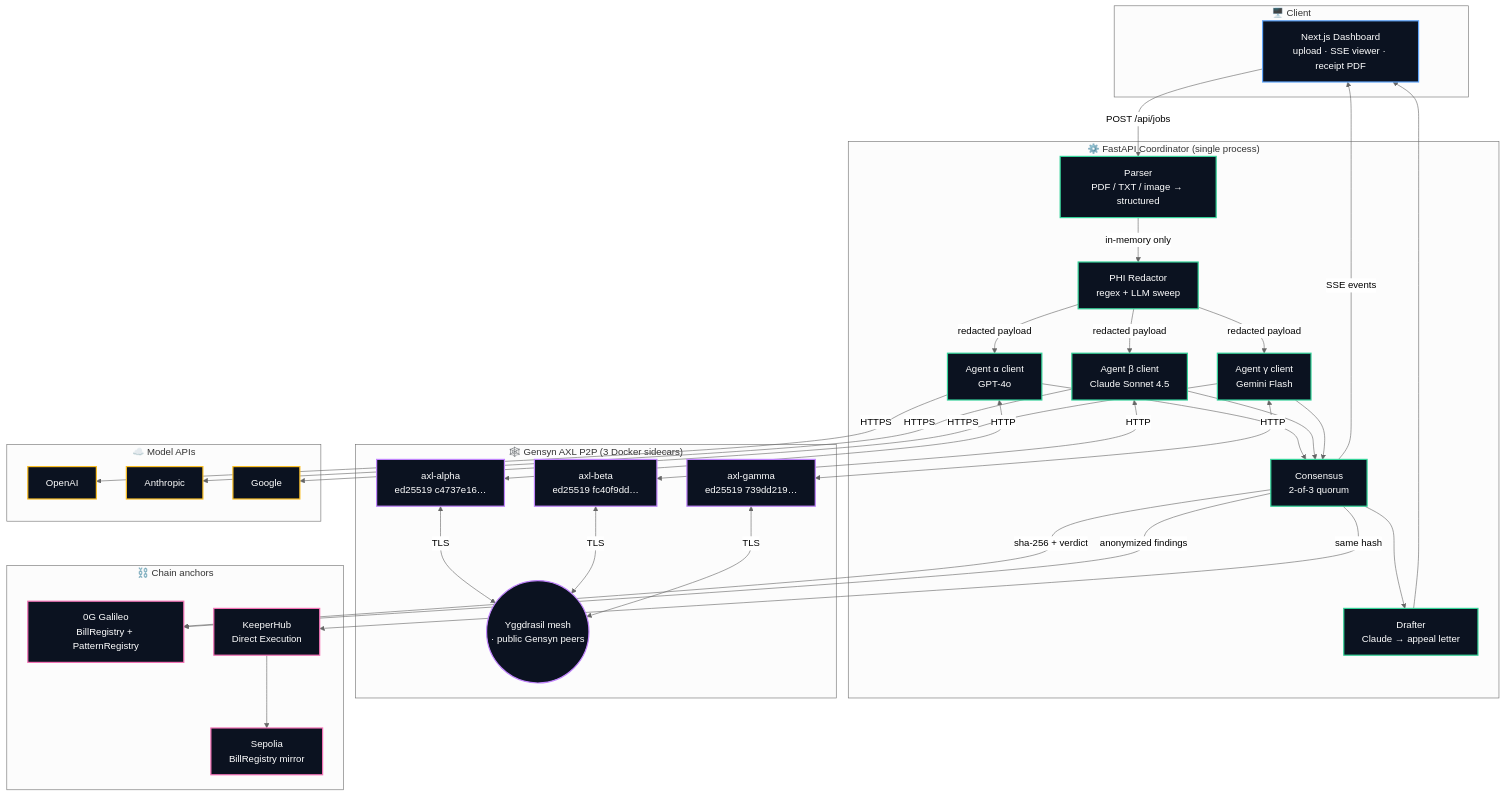
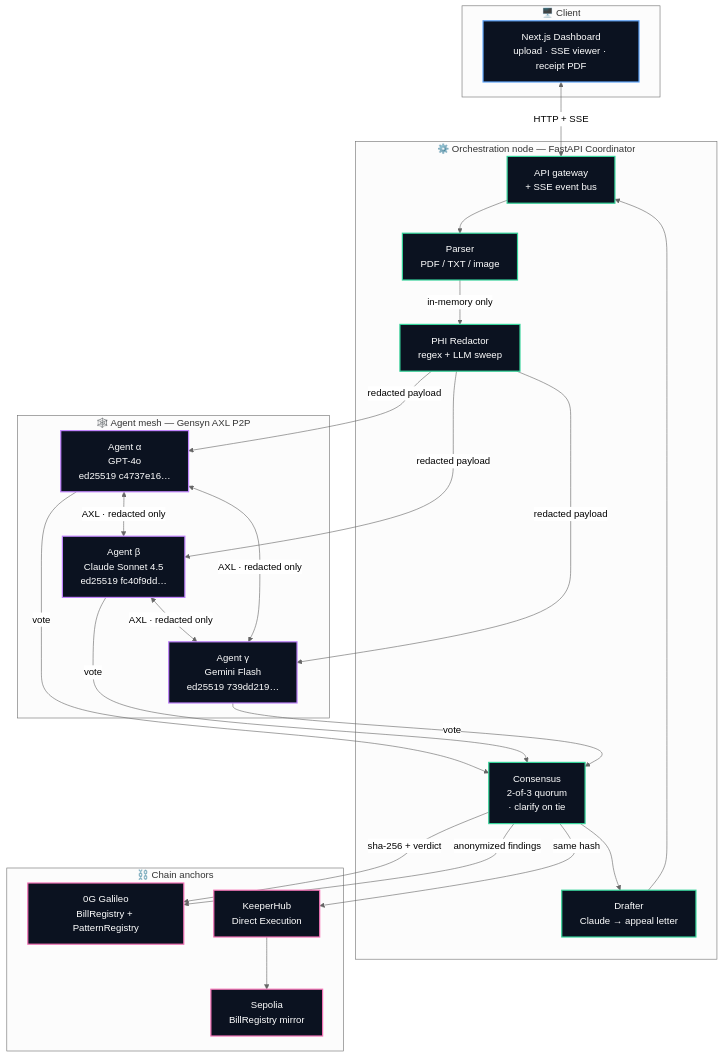
The diagram in README.md (jhatch3/lethe-), drawn with Mermaid (neutral theme) before and after one commit.

````diff
--- a/README.md
+++ b/README.md
@@ -73,72 +73,56 @@
 ```mermaid
 flowchart TB
     subgraph Client["🖥️ Client"]
         UI[Next.js Dashboard<br/>upload · SSE viewer · receipt PDF]
     end
 
-    subgraph Coordinator["⚙️ FastAPI Coordinator (single process)"]
-        Parse[Parser<br/>PDF / TXT / image → structured]
+    subgraph Orchestration["⚙️ Orchestration node — FastAPI Coordinator"]
+        API[API gateway<br/>+ SSE event bus]
+        Parse[Parser<br/>PDF / TXT / image]
         Redact[PHI Redactor<br/>regex + LLM sweep]
-        AlphaC[Agent α client<br/>GPT-4o]
-        BetaC[Agent β client<br/>Claude Sonnet 4.5]
-        GammaC[Agent γ client<br/>Gemini Flash]
-        Tally[Consensus<br/>2-of-3 quorum]
+        Tally[Consensus<br/>2-of-3 quorum<br/>· clarify on tie]
         Drafter[Drafter<br/>Claude → appeal letter]
     end
 
-    subgraph AXL["🕸️ Gensyn AXL P2P (3 Docker sidecars)"]
-        S1[axl-alpha<br/>ed25519 c4737e16…]
-        S2[axl-beta<br/>ed25519 fc40f9dd…]
-        S3[axl-gamma<br/>ed25519 739dd219…]
-        Mesh((Yggdrasil mesh<br/>· public Gensyn peers))
-    end
-
-    subgraph LLMs["☁️ Model APIs"]
-        OAI[OpenAI]
-        ANT[Anthropic]
-        GOO[Google]
+    subgraph AgentMesh["🕸️ Agent mesh — Gensyn AXL P2P"]
+        Alpha[Agent α<br/>GPT-4o<br/>ed25519 c4737e16…]
+        Beta[Agent β<br/>Claude Sonnet 4.5<br/>ed25519 fc40f9dd…]
+        Gamma[Agent γ<br/>Gemini Flash<br/>ed25519 739dd219…]
     end
 
     subgraph Chain["⛓️ Chain anchors"]
         ZG[0G Galileo<br/>BillRegistry + PatternRegistry]
         KH[KeeperHub<br/>Direct Execution]
         Sep[Sepolia<br/>BillRegistry mirror]
     end
 
-    UI -->|POST /api/jobs| Parse
+    UI <-->|HTTP + SSE| API
+    API --> Parse
     Parse -->|in-memory only| Redact
-    Redact -->|redacted payload| AlphaC & BetaC & GammaC
+    Redact -->|redacted payload| Alpha & Beta & Gamma
 
-    AlphaC <-->|HTTP| S1
-    BetaC <-->|HTTP| S2
-    GammaC <-->|HTTP| S3
-    S1 <-->|TLS| Mesh
-    S2 <-->|TLS| Mesh
-    S3 <-->|TLS| Mesh
+    Alpha <-->|AXL · redacted only| Beta
+    Beta <-->|AXL · redacted only| Gamma
+    Alpha <-->|AXL · redacted only| Gamma
 
-    AlphaC -->|HTTPS| OAI
-    BetaC -->|HTTPS| ANT
-    GammaC -->|HTTPS| GOO
+    Alpha -->|vote| Tally
+    Beta -->|vote| Tally
+    Gamma -->|vote| Tally
 
-    AlphaC & BetaC & GammaC --> Tally
     Tally --> Drafter
     Tally -->|sha-256 + verdict| ZG
     Tally -->|same hash| KH
     KH --> Sep
     Tally -->|anonymized findings| ZG
+    Drafter --> API
 
-    Drafter --> UI
-    Tally -->|SSE events| UI
-
-    classDef client    fill:#0b1220,stroke:#60a5fa,stroke-width:2px,color:#fff
-    classDef orch      fill:#0b1220,stroke:#34d399,stroke-width:2px,color:#fff
-    classDef axl       fill:#0b1220,stroke:#c084fc,stroke-width:2px,color:#fff
-    classDef llm       fill:#0b1220,stroke:#fbbf24,stroke-width:2px,color:#fff
-    classDef chain     fill:#0b1220,stroke:#f472b6,stroke-width:2px,color:#fff
+    classDef client fill:#0b1220,stroke:#60a5fa,stroke-width:2px,color:#fff
+    classDef orch   fill:#0b1220,stroke:#34d399,stroke-width:2px,color:#fff
+    classDef agent  fill:#0b1220,stroke:#c084fc,stroke-width:2px,color:#fff
+    classDef chain  fill:#0b1220,stroke:#f472b6,stroke-width:2px,color:#fff
 
     class UI client
-    class Parse,Redact,AlphaC,BetaC,GammaC,Tally,Drafter orch
-    class S1,S2,S3,Mesh axl
-    class OAI,ANT,GOO llm
+    class API,Parse,Redact,Tally,Drafter orch
+    class Alpha,Beta,Gamma agent
     class ZG,KH,Sep chain
 ```
````
